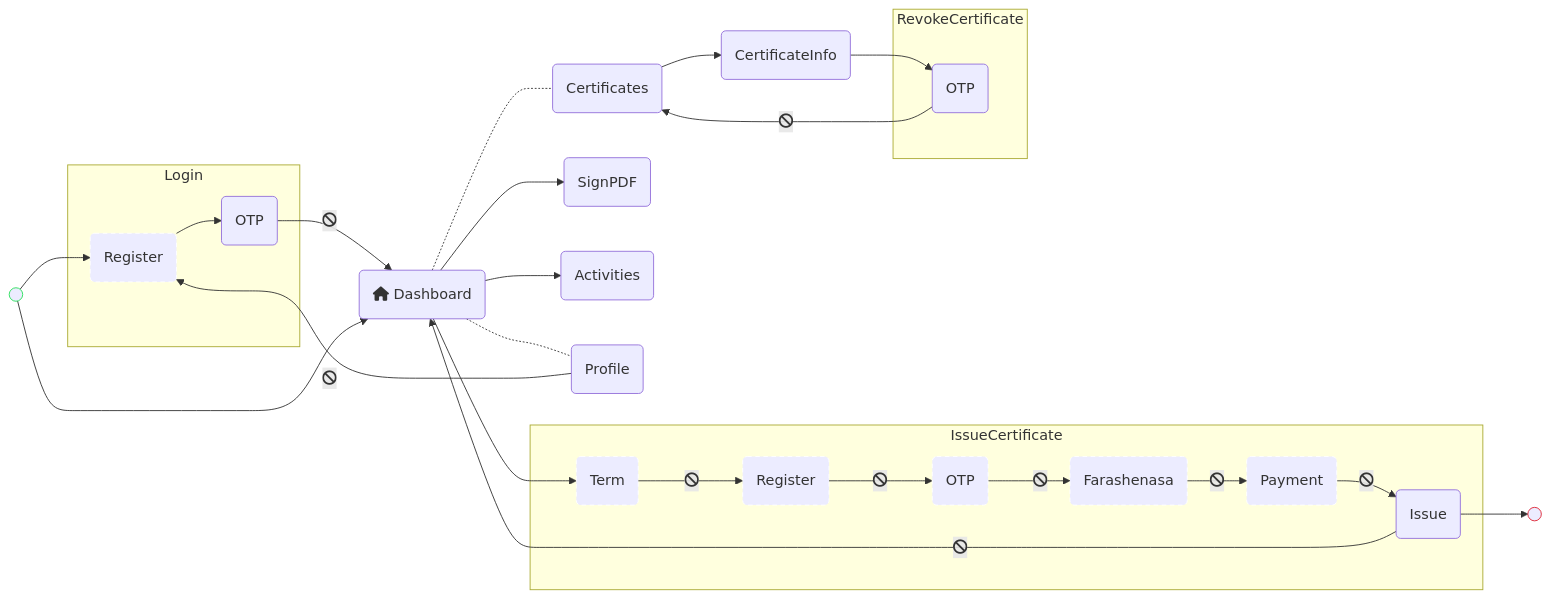
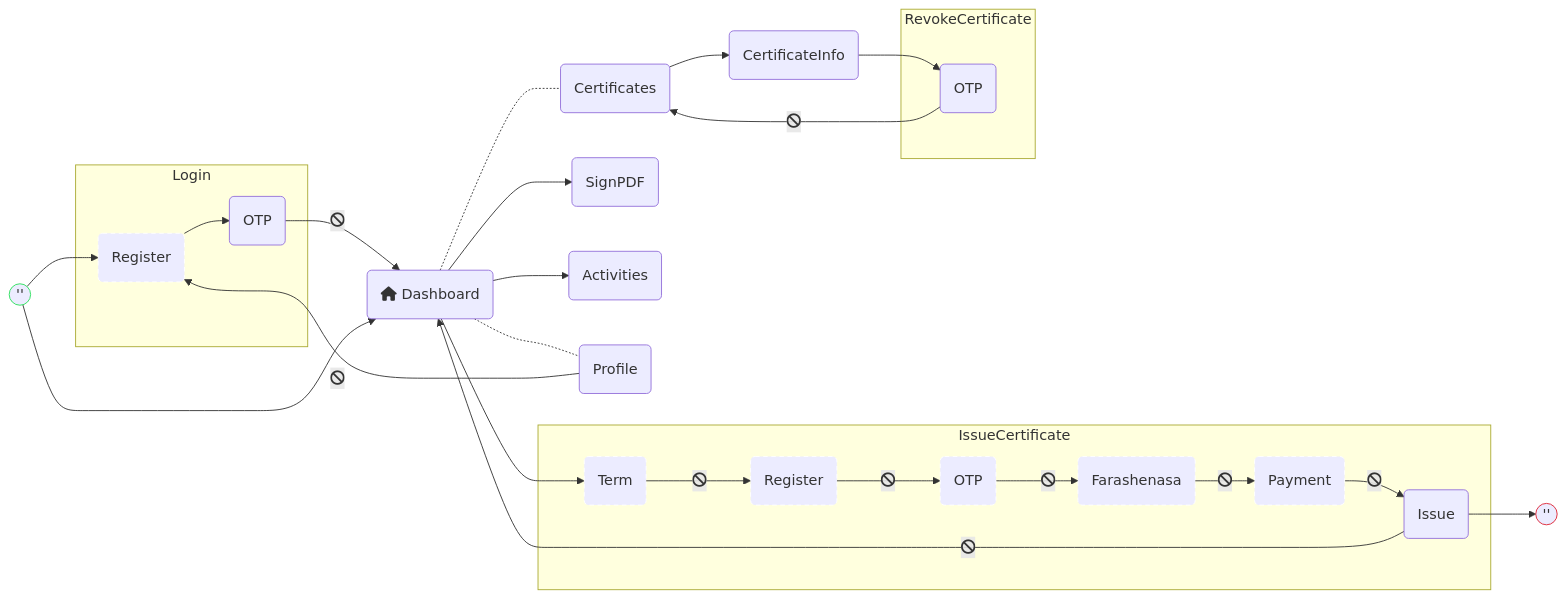
Before and after one commit to ghasemdev/voyager-safe-args: the diagram in docs/sample_graph.mmd, drawn with Mermaid.

Commit message:
docs: add screen graph

```diff
--- a/docs/sample_graph.mmd
+++ b/docs/sample_graph.mmd
@@ -1,62 +1,62 @@
 flowchart LR
     subgraph Login
     Register(Register)
     OTP(OTP)
     end
 
     subgraph IssueCertificate
     Term(Term)
     Register2(Register)
     OTP2(OTP)
     Farashenasa(Farashenasa)
     Payment(Payment)
     Issue(Issue)
     end
 
     subgraph RevokeCertificate
     OTP3(OTP)
     end
 
     Dashboard(fa:fa-house Dashboard)
     SignPDF(SignPDF)
     Activities(Activities)
     Profile(Profile)
     Certificates(Certificates)
     CertificateInfo(CertificateInfo)
 
-    Start(( ))
-    End(( ))
+    Start((''))
+    End((''))
 
     Start --> Register
     Register --> OTP
     OTP -- fa:fa-ban --> Dashboard
 
     Start --> Dashboard
 
     Dashboard --> Term
     Term -- fa:fa-ban --> Register2
     Register2 -- fa:fa-ban --> OTP2
     OTP2 -- fa:fa-ban --> Farashenasa
     Farashenasa -- fa:fa-ban --> Payment
     Payment -- fa:fa-ban --> Issue
     Issue -- fa:fa-ban --> Dashboard
     Issue --> End
 
     Dashboard --> SignPDF
     Dashboard --> Activities
 
     Dashboard -.- Profile
     Profile -- fa:fa-ban --> Register
 
     Dashboard -.- Certificates
     Certificates --> CertificateInfo
     CertificateInfo --> OTP3
     OTP3 -- fa:fa-ban --> Certificates
 
     classDef start_des stroke:#28e059;
     classDef end_des stroke:#de2333;
     classDef optional stroke:#ffffff,stroke-dasharray: 5 4;
 
     class Start start_des;
     class End end_des;
     class Term,Register,Register2,OTP2,Farashenasa,Payment optional;
```
